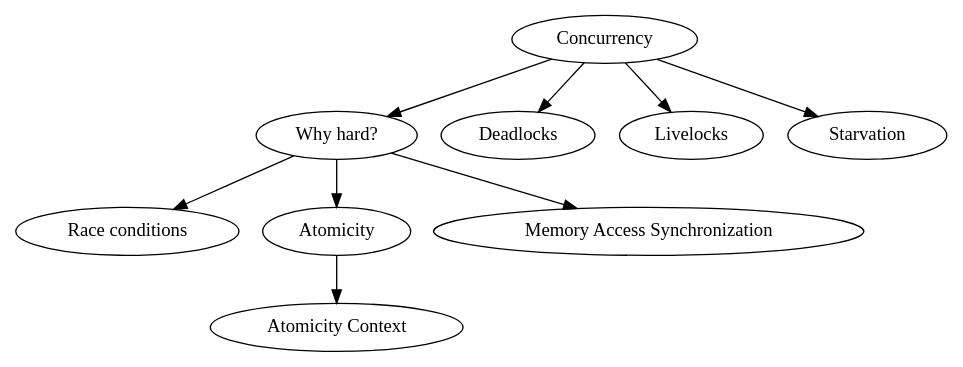
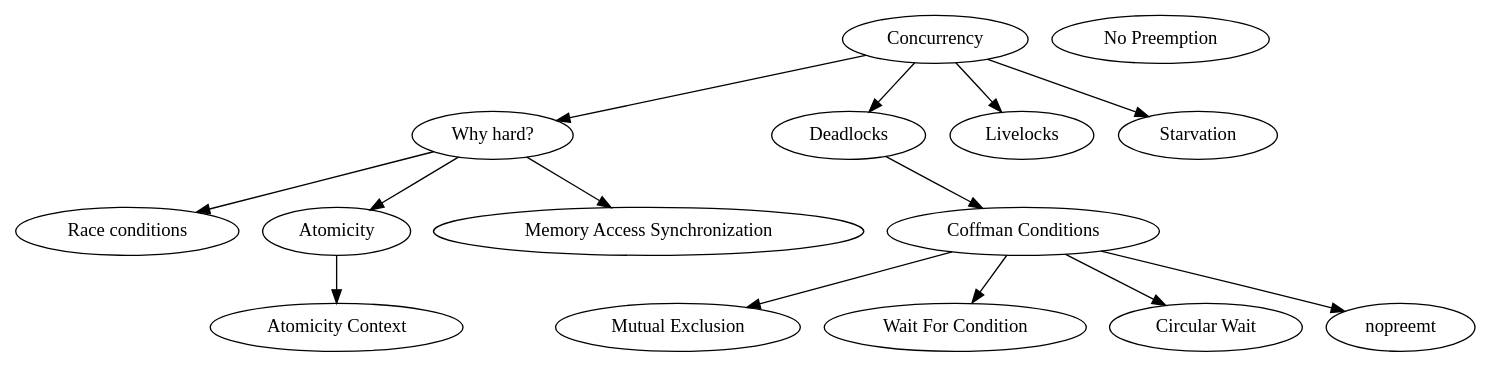
Before and after one commit to miku/cignotes: the diagram in mch1.dot, drawn with Graphviz. The commit also changed 1 other file, not shown here.

```diff
--- a/mch1.dot
+++ b/mch1.dot
@@ -1,21 +1,35 @@
 digraph cig {
     "concurrency" [label="Concurrency"];
     "whyhard" [label="Why hard?"];
     "racecond" [label="Race conditions"];
     "atomicity" [label="Atomicity"];
     "memsync" [label="Memory Access Synchronization"];
     "atomicity-context" [label="Atomicity Context"];
+
     "deadlocks" [label="Deadlocks"];
     "livelocks" [label="Livelocks"];
     "starvation" [label="Starvation"];
+
+    "coffman" [label="Coffman Conditions"];
+    "mutex" [label="Mutual Exclusion"];
+    "waitfor" [label="Wait For Condition"];
+    "nopreempt" [label="No Preemption"];
+    "circwait" [label="Circular Wait"];
 
     "concurrency" -> "whyhard";
     "whyhard" -> "racecond";
     "whyhard" -> "atomicity";
     "atomicity" -> "atomicity-context";
     "whyhard" -> "memsync";
 
     "concurrency" -> "deadlocks";
     "concurrency" -> "livelocks";
     "concurrency" -> "starvation";
+
+    "deadlocks" -> "coffman";
+    "coffman" -> "mutex";
+    "coffman" -> "waitfor";
+    "coffman" -> "nopreemt";
+    "coffman" -> "circwait";
+
 }
```
